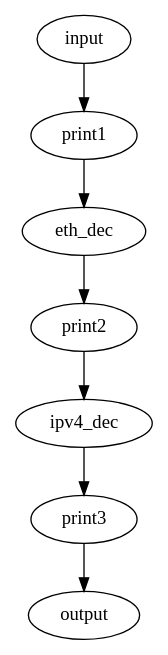
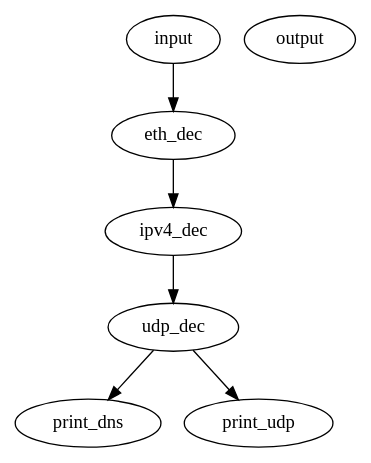
Before and after one commit to zbanks/lens: the diagram in src/lens.dot, drawn with Graphviz. The commit also changed 5 other files, not shown here.

Commit message:
More complicated graph

```diff
--- a/src/lens.dot
+++ b/src/lens.dot
@@ -1,11 +1,12 @@
 digraph {
     input;
-    eth_dec [type=eth_dec];
-    ipv4_dec [type=ipv4_dec];
-    print1 [type=print];
-    print2 [type=print];
-    print3 [type=print prefix=result];
+    print_dns [type=print prefix=DNS];
+    print_udp [type=print prefix=UDP];
     output [type=output];
 
-    input -> print1 -> eth_dec -> print2 -> ipv4_dec -> print3 -> output;
+    input -> eth_dec;
+    eth_dec -> ipv4_dec [ethertype=ipv4];
+    ipv4_dec -> udp_dec [proto=udp];
+    udp_dec -> print_dns [port=53];
+    udp_dec -> print_udp ;
 }
```
